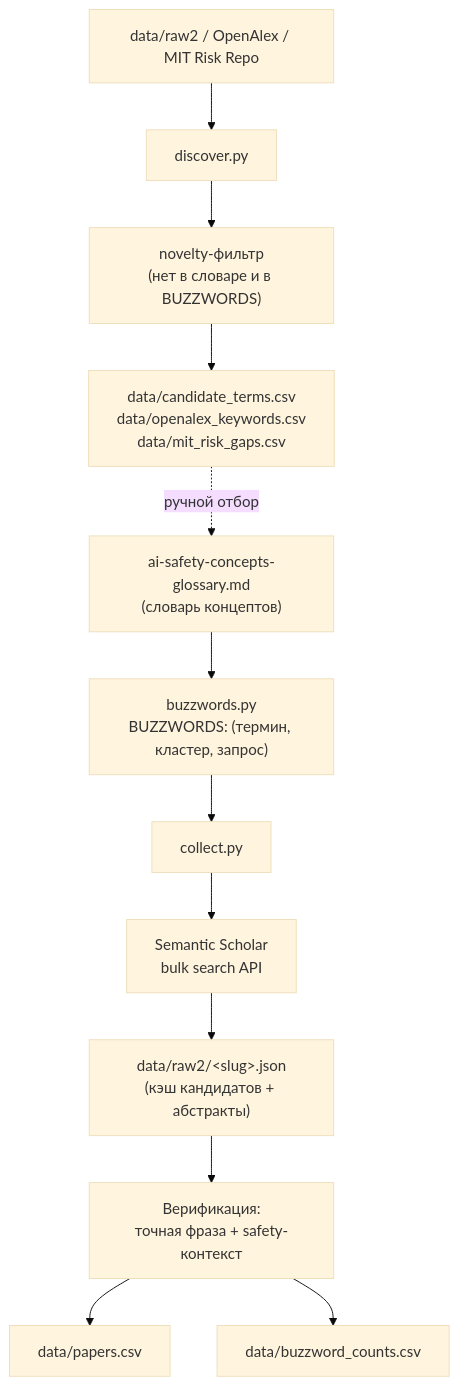
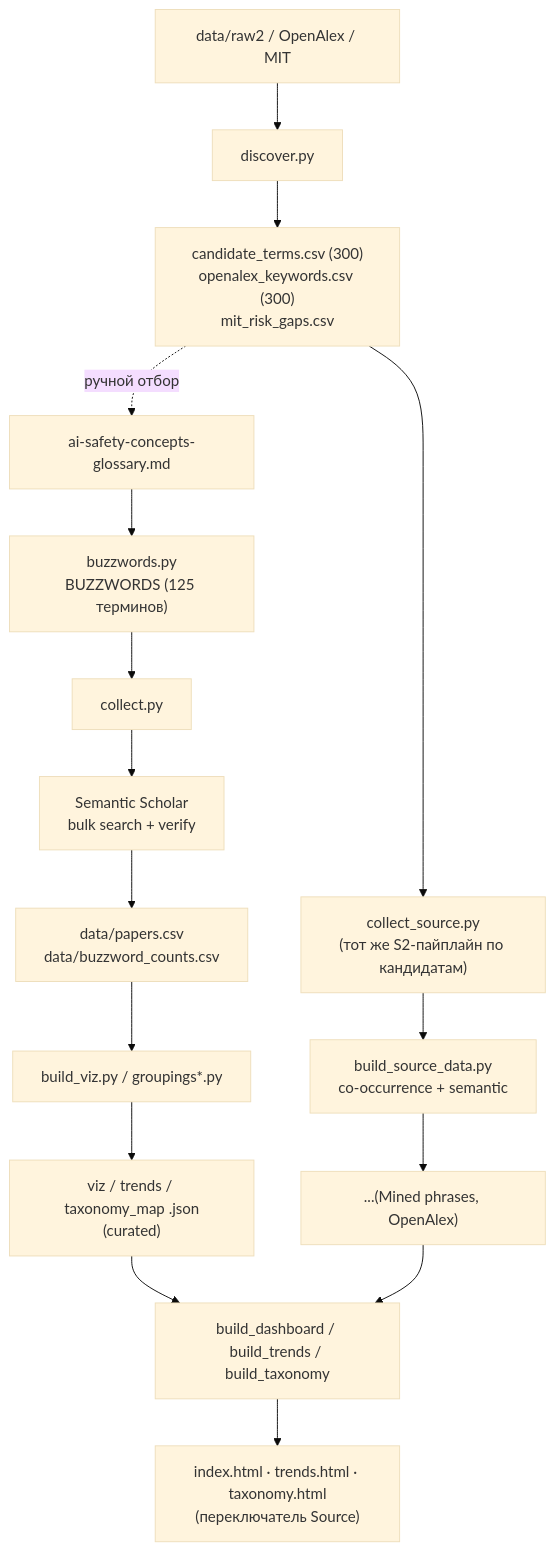
The diagram in methodology.md (eericheva/ai-safety-buzzwords), drawn with Mermaid (base theme) before and after one commit. The commit also changed other lines of this file and 23 other files, not shown here.

First line of the commit message:
Add English docs, source tooling, and derived src data

````diff
--- a/methodology.md
+++ b/methodology.md
@@ -20,15 +21,20 @@
 ```mermaid
 flowchart TD
-    Glossary["ai-safety-concepts-glossary.md<br/>(словарь концептов)"] --> Buzzwords["buzzwords.py<br/>BUZZWORDS: (термин, кластер, запрос)"]
+    Glossary["ai-safety-concepts-glossary.md"] --> Buzzwords["buzzwords.py<br/>BUZZWORDS (125 терминов)"]
     Buzzwords --> Collect["collect.py"]
-    Collect --> S2["Semantic Scholar<br/>bulk search API"]
-    S2 --> Cache["data/raw2/&lt;slug&gt;.json<br/>(кэш кандидатов + абстракты)"]
-    Cache --> Verify["Верификация:<br/>точная фраза + safety-контекст"]
-    Verify --> Out1["data/papers.csv"]
-    Verify --> Out2["data/buzzword_counts.csv"]
+    Collect --> S2["Semantic Scholar<br/>bulk search + verify"]
+    S2 --> Papers["data/papers.csv<br/>data/buzzword_counts.csv"]
 
-    Corpus["data/raw2 / OpenAlex / MIT Risk Repo"] --> Discover["discover.py"]
-    Discover --> Novel["novelty-фильтр<br/>(нет в словаре и в BUZZWORDS)"]
-    Novel --> Cand["data/candidate_terms.csv<br/>data/openalex_keywords.csv<br/>data/mit_risk_gaps.csv"]
+    Corpus["data/raw2 / OpenAlex / MIT"] --> Discover["discover.py"]
+    Discover --> Cand["candidate_terms.csv (300)<br/>openalex_keywords.csv (300)<br/>mit_risk_gaps.csv"]
     Cand -.ручной отбор.-> Glossary
+    Cand --> CollectSrc["collect_source.py<br/>(тот же S2-пайплайн по кандидатам)"]
+    CollectSrc --> SrcData["build_source_data.py<br/>co-occurrence + semantic"]
+
+    Papers --> Viz["build_viz.py / groupings*.py"]
+    Viz --> VD["viz / trends / taxonomy_map .json<br/>(curated)"]
+    SrcData --> SD["...(Mined phrases, OpenAlex)"]
+    VD --> Art["build_dashboard / build_trends / build_taxonomy"]
+    SD --> Art
+    Art --> HTML["index.html · trends.html · taxonomy.html<br/>(переключатель Source)"]
 ```
````
